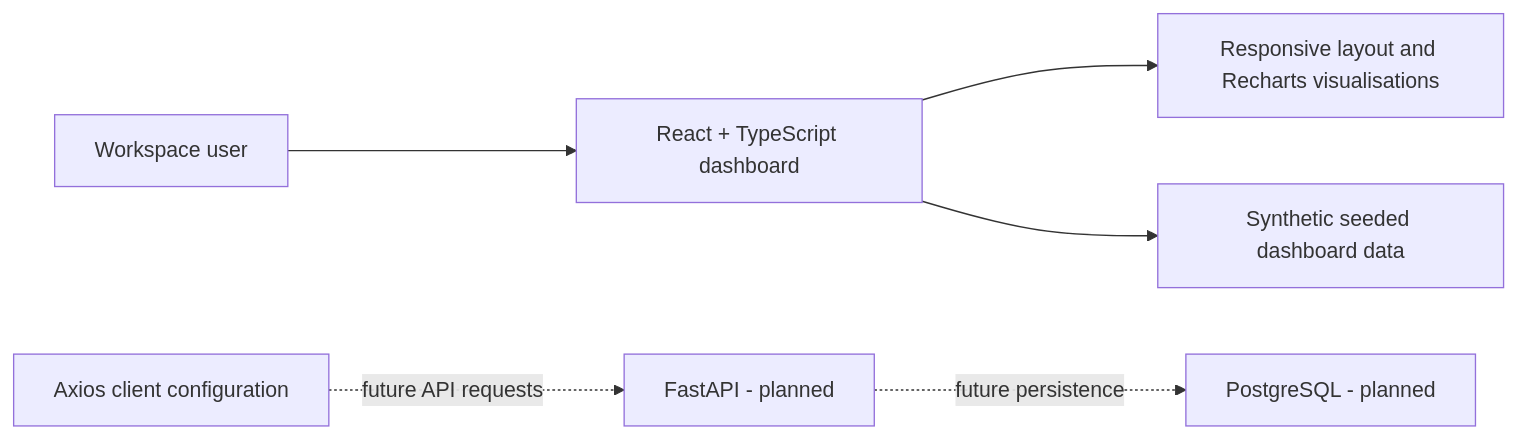
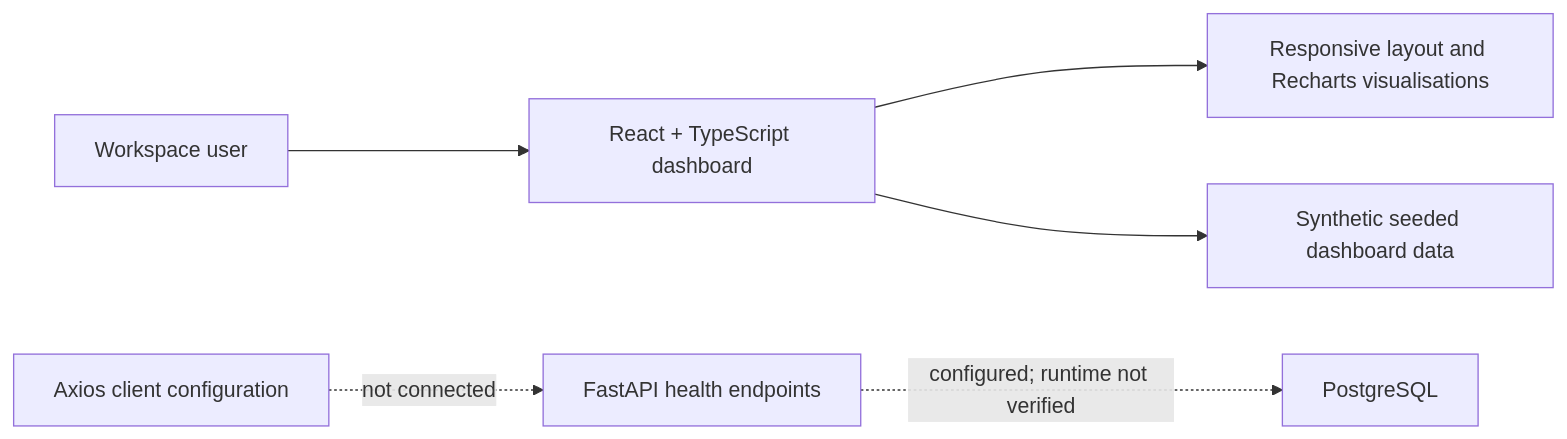
One commit to Zamokuhlecoder/ImpactFlow changed the first of 2 diagrams in docs/SYSTEM_ARCHITECTURE.md. Above: the diagram before and after it, drawn with Mermaid. The commit also changed other lines of this file and 26 other files, not shown here.

````diff
--- a/docs/SYSTEM_ARCHITECTURE.md
+++ b/docs/SYSTEM_ARCHITECTURE.md
@@ -7,8 +9,8 @@
 ```mermaid
 flowchart LR
     U[Workspace user] --> FE[React + TypeScript dashboard]
     FE --> UI[Responsive layout and Recharts visualisations]
     FE --> SD[Synthetic seeded dashboard data]
-    AC[Axios client configuration] -. future API requests .-> API[FastAPI - planned]
-    API -. future persistence .-> PG[PostgreSQL - planned]
+    AC[Axios client configuration] -. not connected .-> API[FastAPI health endpoints]
+    API -. configured; runtime not verified .-> PG[PostgreSQL]
 ```
````
